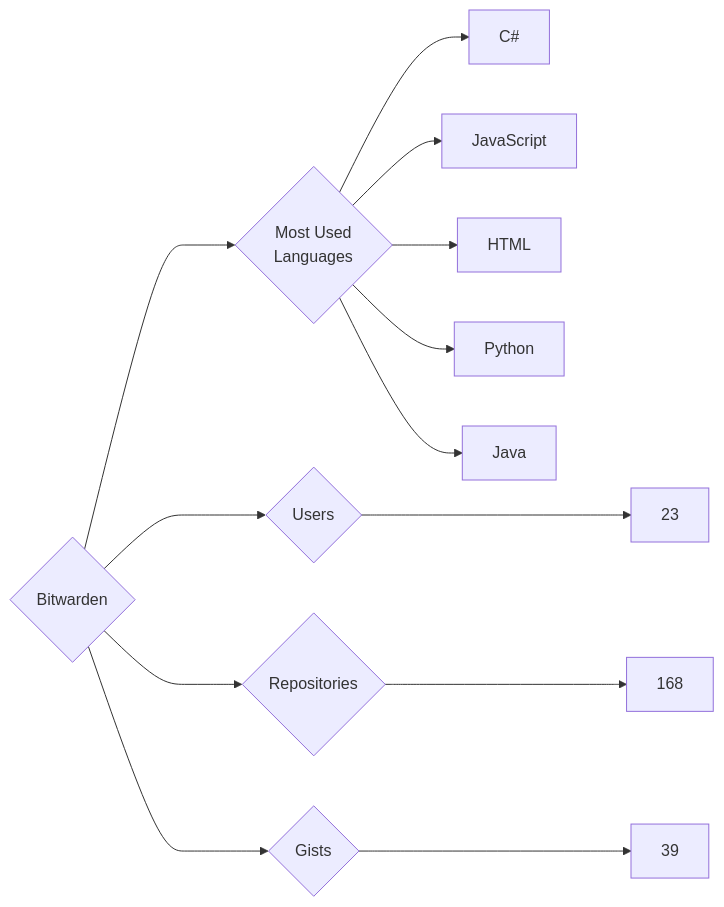
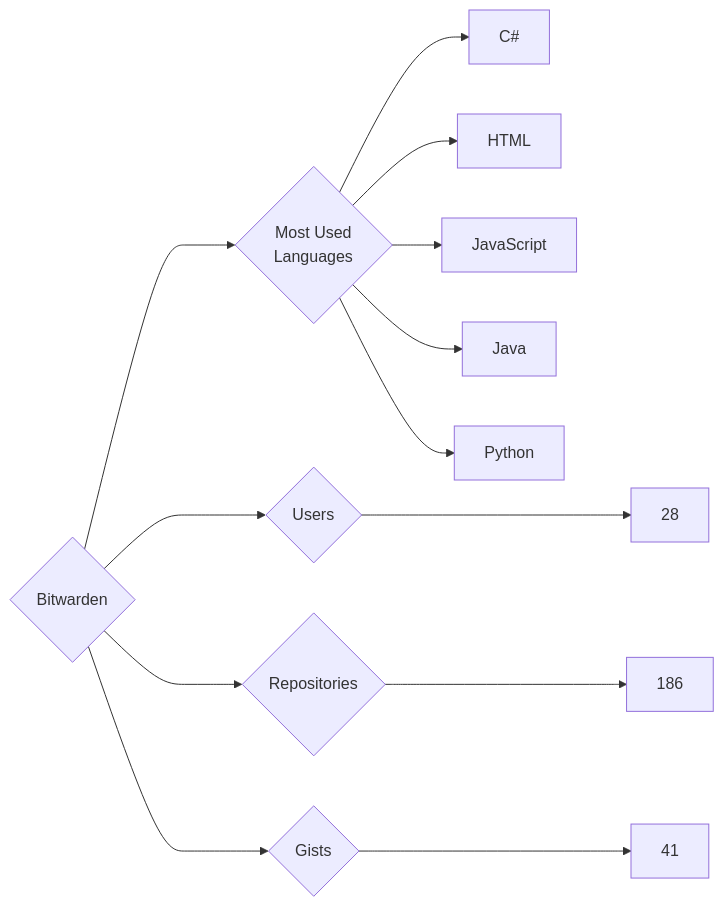
The diagram in targets/Bitwarden/README.md (trickest/insiders), drawn with Mermaid before and after one commit. The commit also changed 984 other files, not shown here.

````diff
--- a/targets/Bitwarden/README.md
+++ b/targets/Bitwarden/README.md
@@ -3,13 +3,13 @@
 ```mermaid
 graph LR
 COMPANY_NAME{Bitwarden}
-COMPANY_NAME ---> U{Users} ---> UN[23]
-COMPANY_NAME ---> R{Repositories} ---> RN[168]
-COMPANY_NAME ---> G{Gists} ---> GN[39]
+COMPANY_NAME ---> U{Users} ---> UN[28]
+COMPANY_NAME ---> R{Repositories} ---> RN[186]
+COMPANY_NAME ---> G{Gists} ---> GN[41]
 COMPANY_NAME ---> ML{Most Used<br>Languages}
 ML --> C#[C#]
+ML --> HTML[HTML]
 ML --> JavaScript[JavaScript]
-ML --> HTML[HTML]
+ML --> Java[Java]
 ML --> Python[Python]
-ML --> Java[Java]
 ```
````
